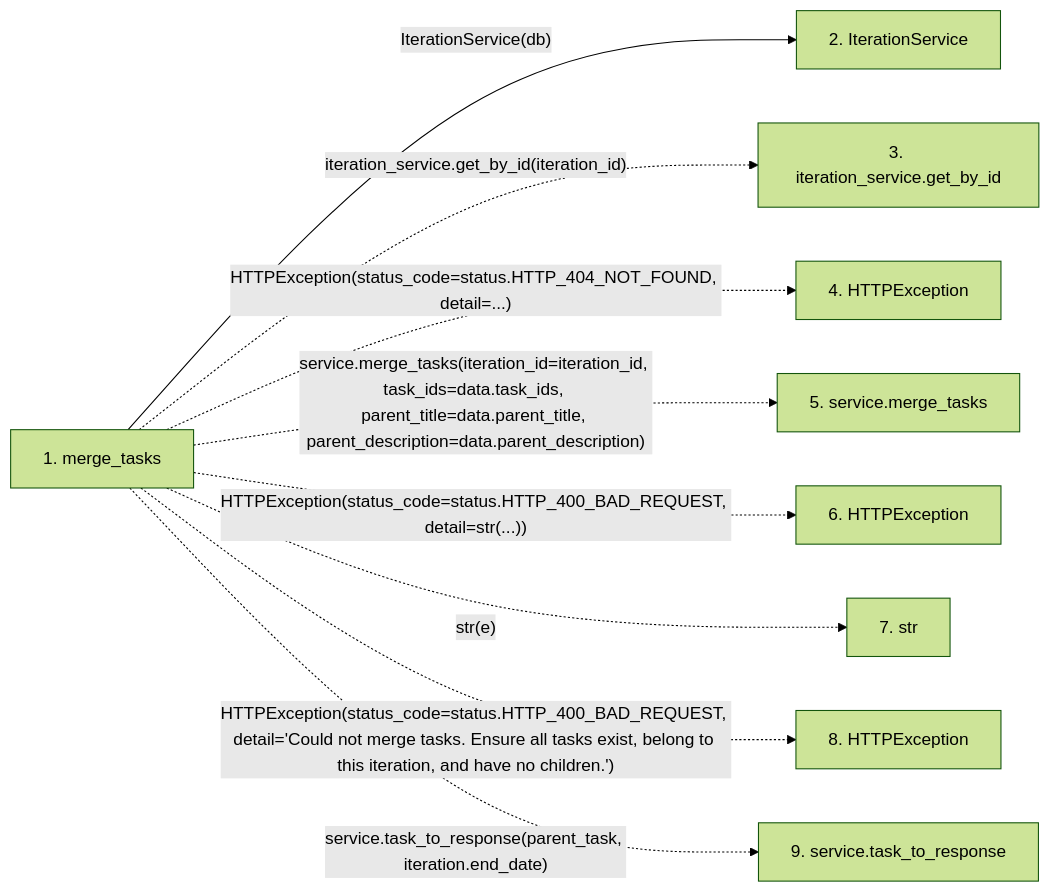
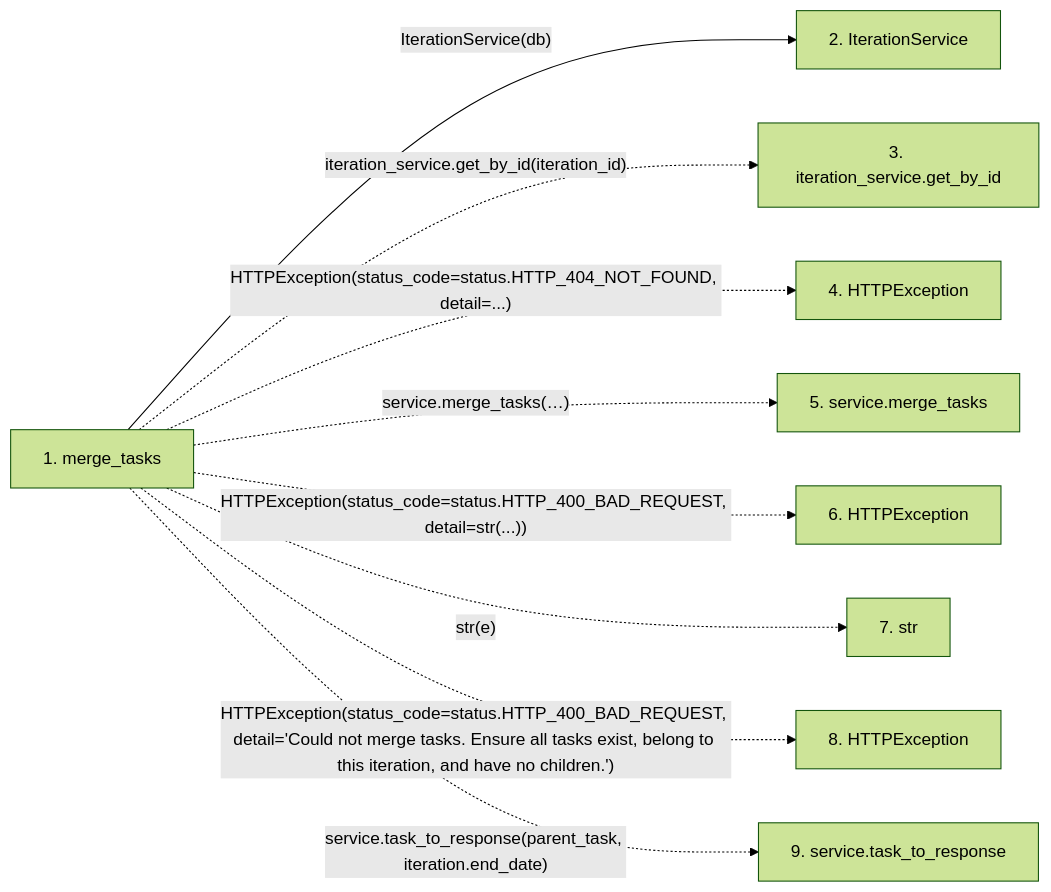
The second of 2 diagrams in docs/llm_wiki/flows/http-merge_tasks.md (Denissvgn/WorkChord), drawn with Mermaid (forest theme) before and after one commit. The commit also changed other lines of this file and 958 other files, not shown here.

First line of the commit message:
docs(wiki): refresh identity and recovery architecture

````diff
--- a/docs/llm_wiki/flows/http-merge_tasks.md
+++ b/docs/llm_wiki/flows/http-merge_tasks.md
@@ -32,22 +32,22 @@
 ```mermaid
 flowchart LR
     s1["1. merge_tasks"]
     s2["2. IterationService"]
     s3["3. iteration_service.get_by_id"]
     s4["4. HTTPException"]
     s5["5. service.merge_tasks"]
     s6["6. HTTPException"]
     s7["7. str"]
     s8["8. HTTPException"]
     s9["9. service.task_to_response"]
     s1 -->|"IterationService(db)"| s2
     s1 -. "iteration_service.get_by_id(iteration_id)" .-> s3
     s1 -. "HTTPException(status_code=status.HTTP_404_NOT_FOUND, detail=...)" .-> s4
-    s1 -. "service.merge_tasks(iteration_id=iteration_id, task_ids=data.task_ids, parent_title=data.parent_title, parent_description=data.parent_description)" .-> s5
+    s1 -. "service.merge_tasks(…)" .-> s5
     s1 -. "HTTPException(status_code=status.HTTP_400_BAD_REQUEST, detail=str(...))" .-> s6
     s1 -. "str(e)" .-> s7
     s1 -. "HTTPException(status_code=status.HTTP_400_BAD_REQUEST, detail='Could not merge tasks. Ensure all tasks exist, belong to this iteration, and have no children.')" .-> s8
     s1 -. "service.task_to_response(parent_task, iteration.end_date)" .-> s9
     click s1 "../modules/tasks.md"
     click s2 "../modules/iteration_service.md"
 ```
````
